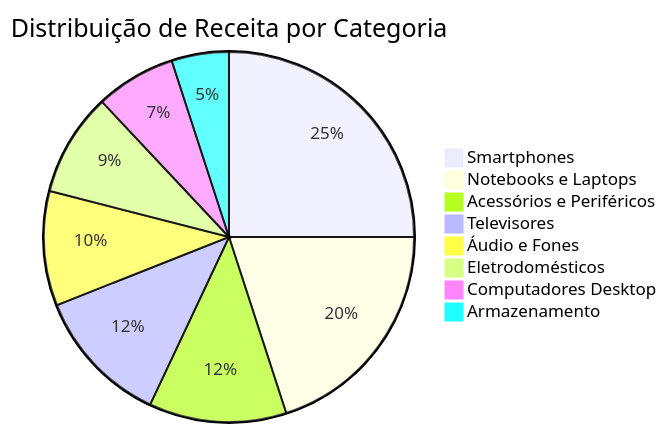
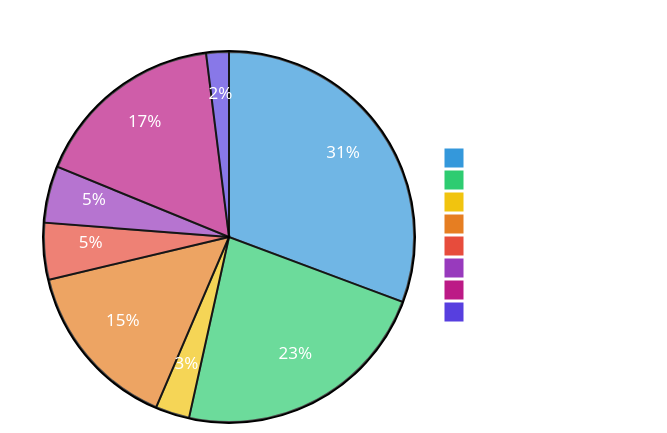
One commit to Igor-Scalzer010/Sales-Analytics changed the fourth of 12 diagrams in docs/analises.md. Above: the diagram before and after it, drawn with Mermaid. The commit also changed other lines of this file, not shown here.

````diff
--- a/docs/analises.md
+++ b/docs/analises.md
@@ -127,11 +114,13 @@
 ```mermaid
+%%{init: {"theme": "base", "themeVariables": {"pie1": "#3498db", "pie2": "#2ecc71", "pie3": "#f1c40f", "pie4": "#e67e22", "pie5": "#e74c3c", "pie6": "#983abd", "pie7": "#bc1a86", "pie8": "#573fdf", "pieTitleTextColor": "#ffffff", "pieLegendTextColor": "#ffffff", "pieSectionTextColor": "#ffffff"}}}%%
+
 pie title Distribuição de Receita por Categoria
-    "Smartphones" : 25
-    "Notebooks e Laptops" : 20
-    "Acessórios e Periféricos" : 12
-    "Televisores" : 12
-    "Áudio e Fones" : 10
-    "Eletrodomésticos" : 9
-    "Computadores Desktop" : 7
-    "Armazenamento" : 5
+    "Smartphones" : 31
+    "Notebooks e Laptops" : 23
+    "Acessórios e Periféricos" : 3
+    "Televisores" : 15
+    "Áudio e Fones" : 5
+    "Eletrodomésticos" : 5
+    "Computadores Desktop" : 17
+    "Armazenamento" : 2
 ```
````
